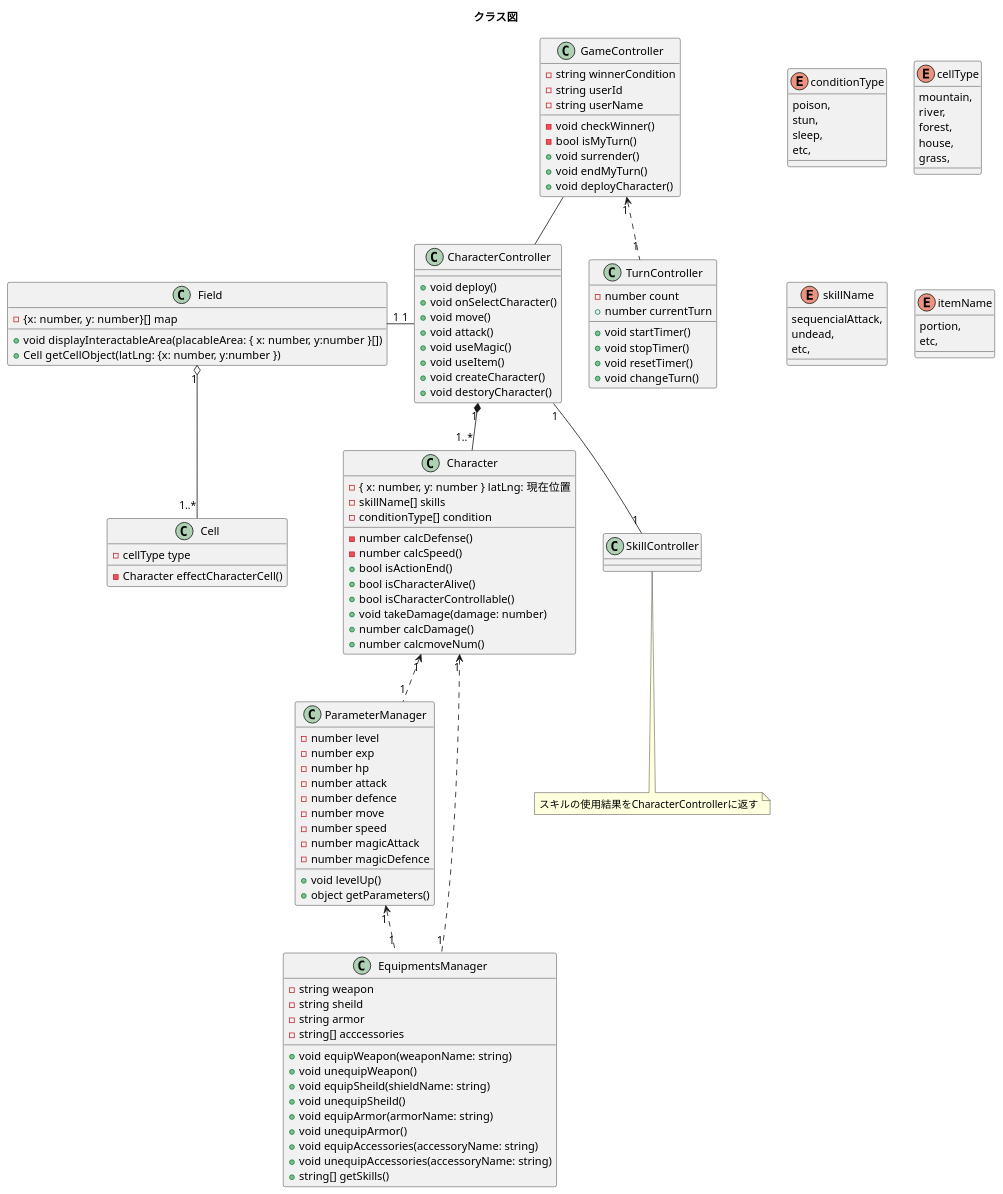
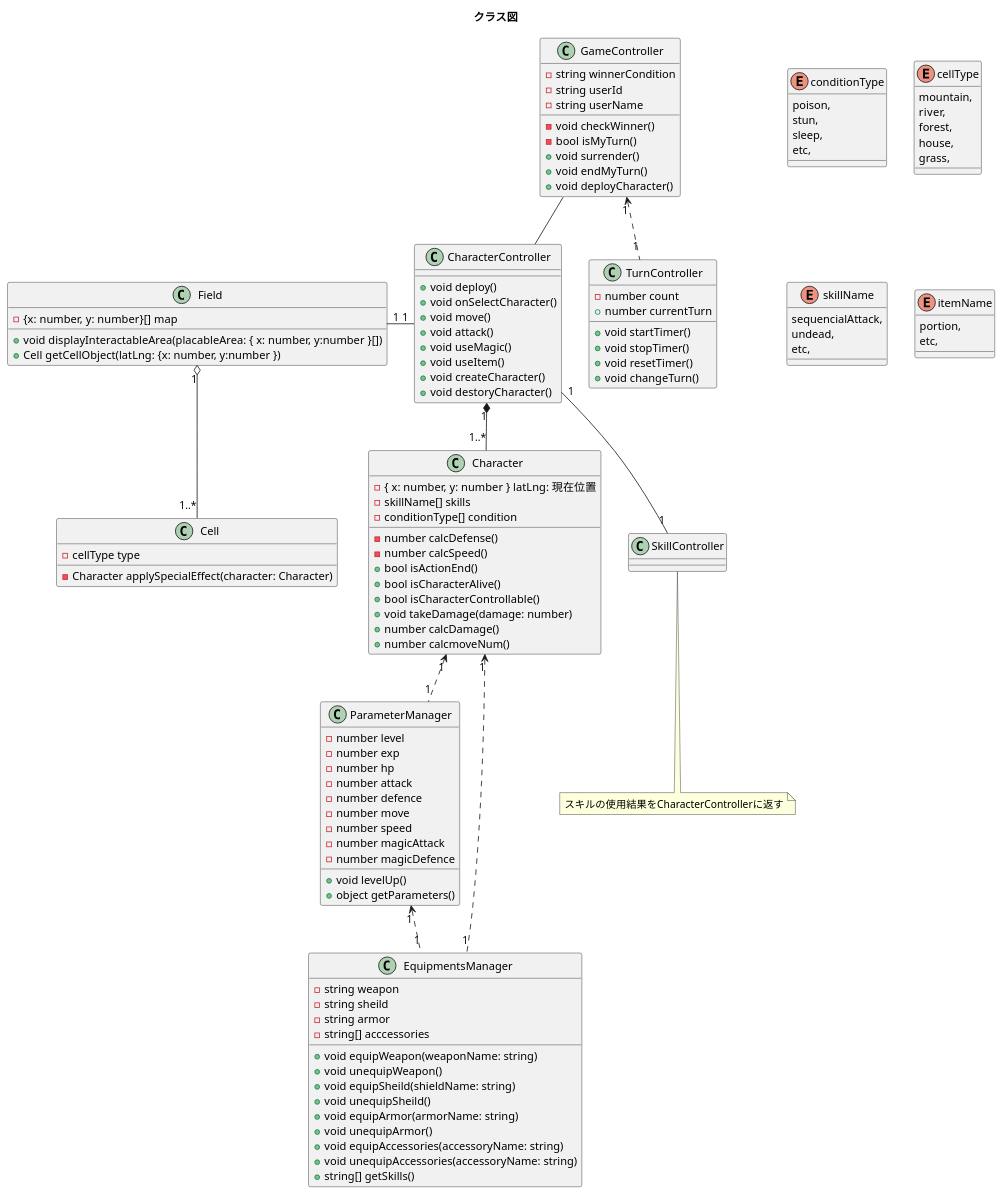
The diagram in assets/classUML.pu (koheiobe/spa-simulation-game), drawn with PlantUML before and after one commit.

Commit message:
クラス図を修正

```diff
--- a/assets/classUML.pu
+++ b/assets/classUML.pu
@@ -1,145 +1,145 @@
 @startuml
 title クラス図
 
 class GameController {
     - string winnerCondition
     - string userId
     - string userName
     - void checkWinner()
     - bool isMyTurn()
     + void surrender()
     + void endMyTurn()
     + void deployCharacter()
 }
 
 class TurnController {
     - number count
     + number currentTurn
     + void startTimer()
     + void stopTimer()
     + void resetTimer()
     + void changeTurn()
 }
 
 class CharacterController {
     + void deploy()
     + void onSelectCharacter()
     + void move()
     + void attack()
     + void useMagic()
     + void useItem()
     + void createCharacter()
     + void destoryCharacter()
 }
 
 class Field {
     - {x: number, y: number}[] map
     + void displayInteractableArea(placableArea: { x: number, y:number }[])
     + Cell getCellObject(latLng: {x: number, y:number })
 }
 
 class Cell {
     - cellType type
-    - Character effectCharacterCell()
+    - Character applySpecialEffect(character: Character)
 }
 
 class Character {
     - { x: number, y: number } latLng: 現在位置
     - skillName[] skills
     - conditionType[] condition
 
     - number calcDefense()
     - number calcSpeed()
     + bool isActionEnd()
     + bool isCharacterAlive()
     + bool isCharacterControllable()
     + void takeDamage(damage: number)
     + number calcDamage()
     + number calcmoveNum()
 }
 
 class ParameterManager {
     - number level
     - number exp
     - number hp
     - number attack
     - number defence
     - number move
     - number speed
     - number magicAttack
     - number magicDefence
 
     + void levelUp()
     + object getParameters()
 }
 
 class EquipmentsManager {
     - string weapon
     - string sheild
     - string armor
     - string[] acccessories
 
     + void equipWeapon(weaponName: string)
     + void unequipWeapon()
     + void equipSheild(shieldName: string)
     + void unequipSheild()
     + void equipArmor(armorName: string)
     + void unequipArmor()
     + void equipAccessories(accessoryName: string)
     + void unequipAccessories(accessoryName: string)
     + string[] getSkills()
 }
 
 class SkillController {
     
 }
 
 enum conditionType {
     poison,
     stun,
     sleep,
     etc,
 }
 
 enum cellType {
     mountain,
     river,
     forest,
     house,
     grass,
 }
 
 enum skillName {
     sequencialAttack,
     undead,
     etc,
 }
 
 enum itemName {
     portion,
     etc,
 }
 
 note bottom of SkillController : スキルの使用結果をCharacterControllerに返す
 
 GameController "1" <.. "1" TurnController
 
 GameController -- CharacterController
 
 CharacterController "1" *-- "1..*" Character
 
 CharacterController "1" -- "1" SkillController
 
 CharacterController "1" -le- "1" Field
 
 Character "1" <.. "1" ParameterManager
 
 Character "1" <.. "1" EquipmentsManager
 
 ParameterManager "1" <.. "1" EquipmentsManager
 
 Field "1" o-- "1..*" Cell
 
 
 
 @enduml
```
